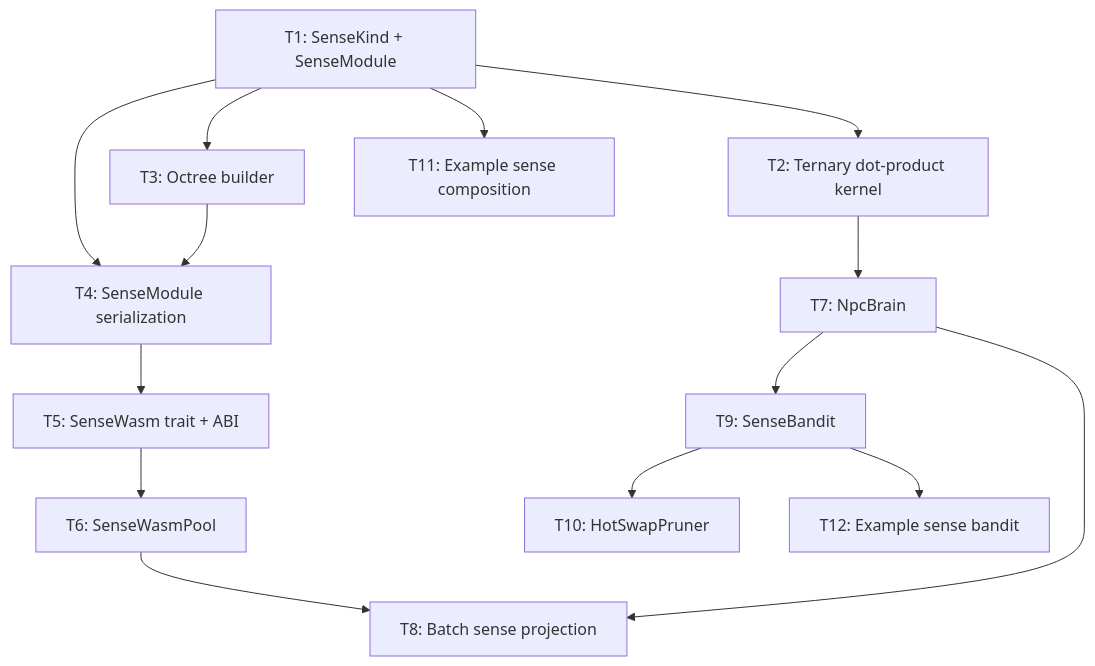
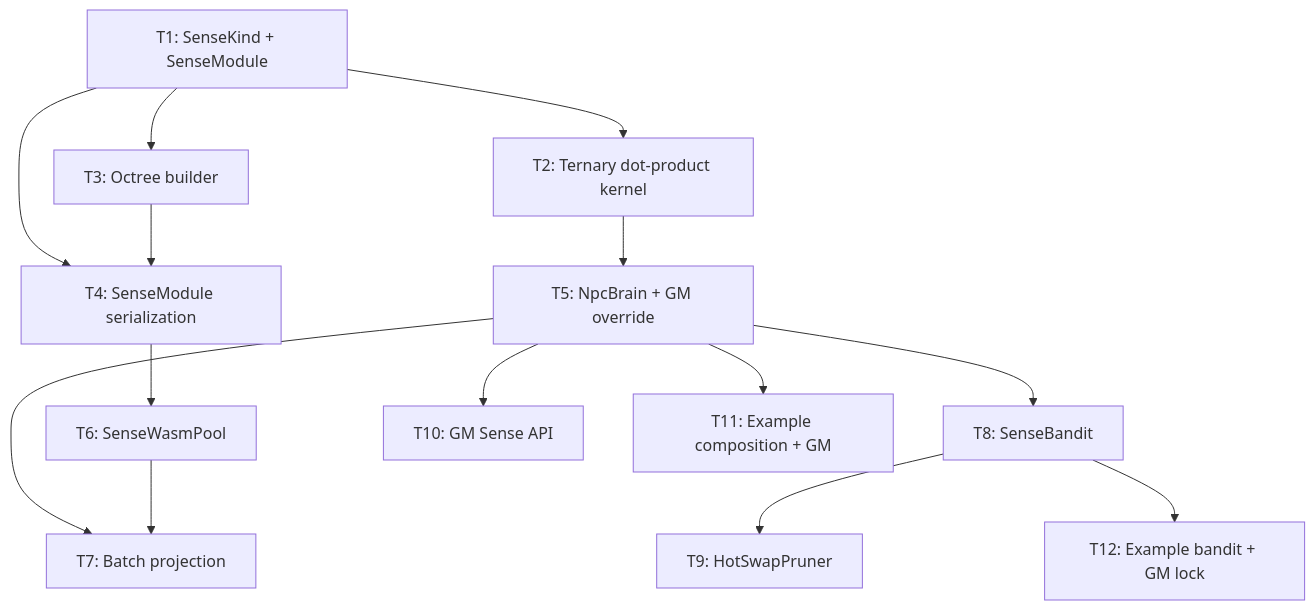
Before and after one commit to katopz/katgpt-rs: the first of 2 diagrams in .plans/221_kg_latent_octree_sense_composition.md, drawn with Mermaid. The commit also changed other lines of this file, not shown here.

Commit message:
docs: Plan 221 — revise T10 to internal-only Sense API (MCP action codes 0x20-0x27, reuse auth/transport), cross-ref Plan 036

````diff
--- a/.plans/221_kg_latent_octree_sense_composition.md
+++ b/.plans/221_kg_latent_octree_sense_composition.md
@@ -141,16 +164,16 @@
 ```mermaid
 graph TD
     T1[T1: SenseKind + SenseModule] --> T2[T2: Ternary dot-product kernel]
     T1 --> T3[T3: Octree builder]
     T1 --> T4[T4: SenseModule serialization]
-    T2 --> T7[T7: NpcBrain]
+    T2 --> T5[T5: NpcBrain + GM override]
     T3 --> T4
-    T4 --> T5[T5: SenseWasm trait + ABI]
-    T5 --> T6[T6: SenseWasmPool]
-    T6 --> T8[T8: Batch sense projection]
-    T7 --> T8
-    T7 --> T9[T9: SenseBandit]
-    T9 --> T10[T10: HotSwapPruner]
-    T1 --> T11[T11: Example sense composition]
-    T9 --> T12[T12: Example sense bandit]
+    T4 --> T6[T6: SenseWasmPool]
+    T5 --> T7[T7: Batch projection]
+    T6 --> T7
+    T5 --> T8[T8: SenseBandit]
+    T8 --> T9[T9: HotSwapPruner]
+    T5 --> T10[T10: GM Sense API]
+    T5 --> T11[T11: Example composition + GM]
+    T8 --> T12[T12: Example bandit + GM lock]
 ```
````
